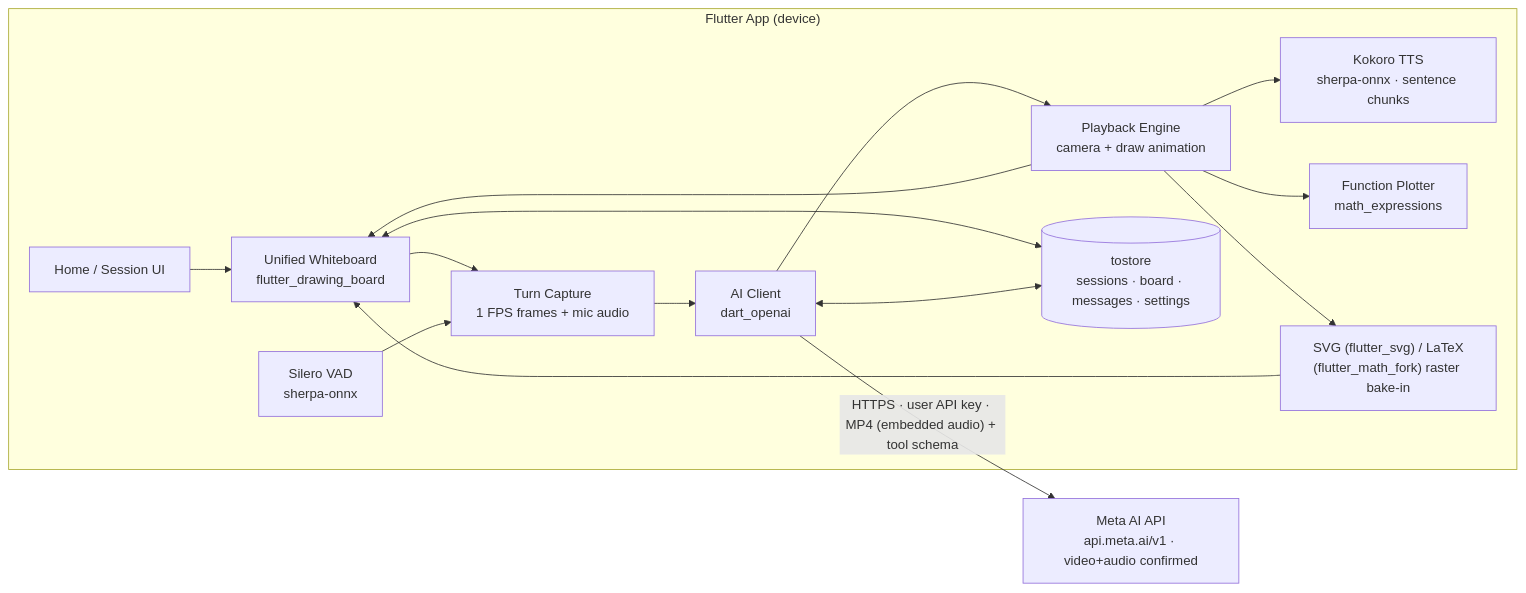
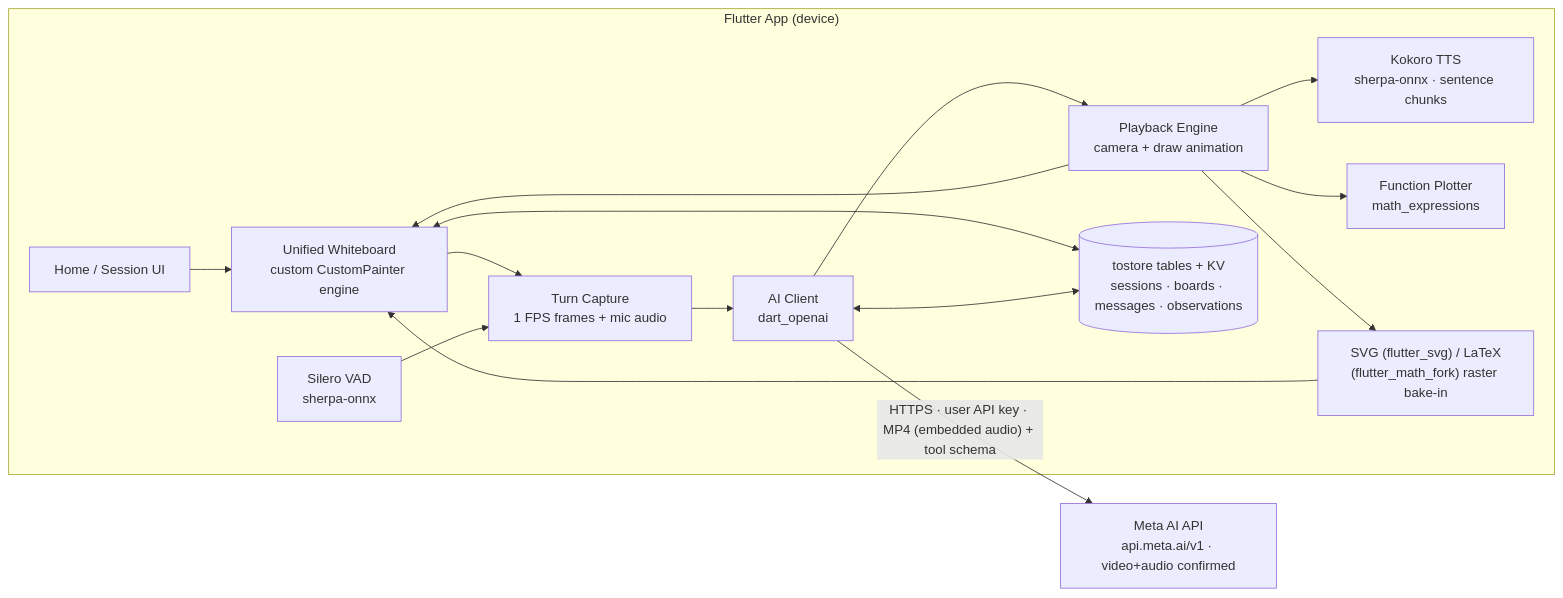
Before and after one commit to sitatec/texa: the first of 2 diagrams in docs/TECH_SPECS.md, drawn with Mermaid. The commit also changed other lines of this file and 2 other files, not shown here.

````diff
--- a/docs/TECH_SPECS.md
+++ b/docs/TECH_SPECS.md
@@ -22,28 +22,28 @@
 ```mermaid
 flowchart LR
   subgraph Device["Flutter App (device)"]
     UI["Home / Session UI"]
-    Board["Unified Whiteboard<br/>flutter_drawing_board"]
+    Board["Unified Whiteboard<br/>custom CustomPainter engine"]
     Capture["Turn Capture<br/>1 FPS frames + mic audio"]
     VAD["Silero VAD<br/>sherpa-onnx"]
     Playback["Playback Engine<br/>camera + draw animation"]
     TTS["Kokoro TTS<br/>sherpa-onnx · sentence chunks"]
     Plot["Function Plotter<br/>math_expressions"]
     Render["SVG (flutter_svg) / LaTeX<br/>(flutter_math_fork) raster bake-in"]
-    DB[("tostore<br/>sessions · board · messages · settings")]
+    DB[("tostore tables + KV<br/>sessions · boards · messages · observations")]
     Client["AI Client<br/>dart_openai"]
     UI --> Board
     Board --> Capture
     VAD --> Capture
     Capture --> Client
     Client --> Playback
     Playback --> Board
     Playback --> TTS
     Playback --> Plot
     Playback --> Render
     Render --> Board
     Board <--> DB
     Client <--> DB
   end
   Client -- "HTTPS · user API key · MP4 (embedded audio) + tool schema" --> API["Meta AI API<br/>api.meta.ai/v1 · video+audio confirmed"]
 ```
````
